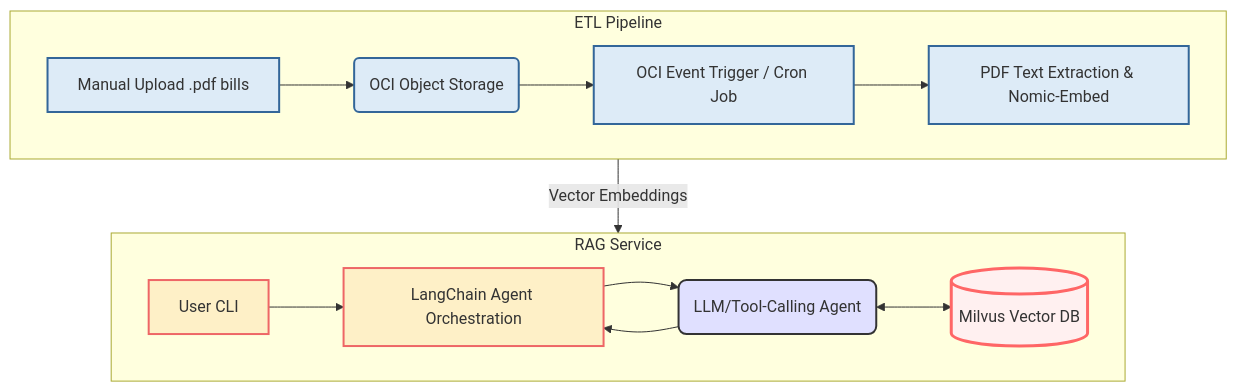
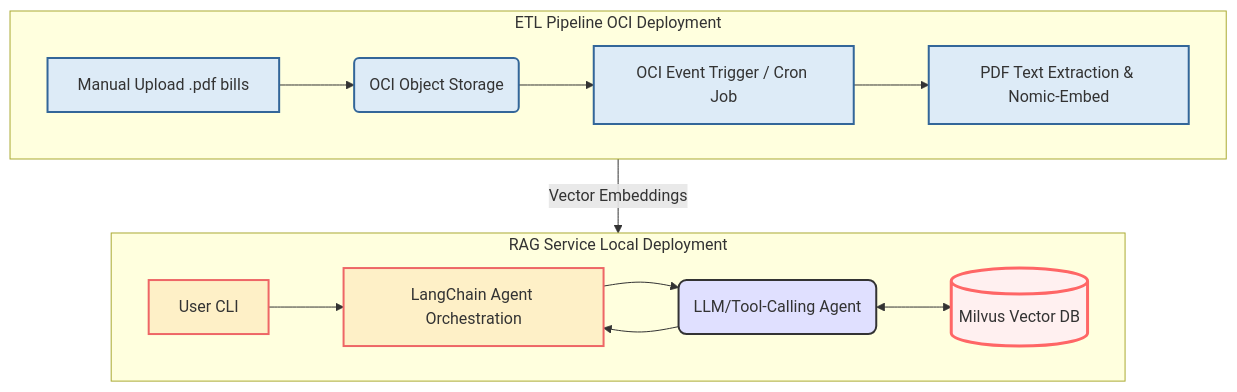
The diagram in README.md (Alvan-Dmello/Intelligent-Utility-Bill-RAG), drawn with Mermaid before and after one commit.

````diff
--- a/README.md
+++ b/README.md
@@ -29,40 +29,40 @@
 ```mermaid
 graph TD
 classDef etl fill:#DDEBF7,stroke:#369,stroke-width:2px;
 classDef rag fill:#FEF0C7,stroke:#E66,stroke-width:2px;
 classDef db fill:#FCE9E9,stroke:#F00,stroke-width:3px;
 classDef interface fill:#E6FFED,stroke:#0A0;
 
-subgraph ETL Pipeline
+subgraph ETL Pipeline OCI Deployment
 direction LR
 A[Manual Upload .pdf bills]:::interface
 B(OCI Object Storage)
 C[OCI Event Trigger / Cron Job]
 D[PDF Text Extraction & Nomic-Embed]
 
 A --> B --> C --> D;
 class A,B,C,D etl
 end
 
-subgraph RAG Service
+subgraph RAG Service Local Deployment
 direction LR
 F[User CLI]:::interface
 I[LangChain Agent Orchestration]
 H(LLM/Tool-Calling Agent)
 E[(Milvus Vector DB)]:::db
 
 F --> I;
 I --> H;
 H <--> E;
 H --> I;
 
 class F,I,H rag
 end
 
 %% Link the two subgraphs
 D -- Vector Embeddings --> E;
 
 %% Explicitly style the DB and Agent for emphasis (optional, can be removed if classes are enough)
 style H fill:#E0E0FF,stroke:#333,stroke-width:2px,rx:8px,ry:8px
 style E fill:#FFF0F0,stroke:#F66,stroke-width:3px
 ```
````
